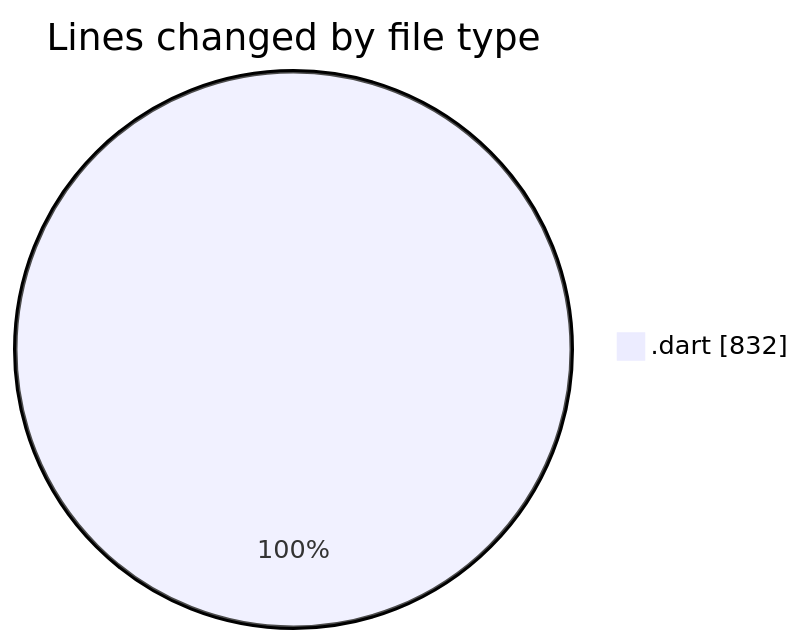
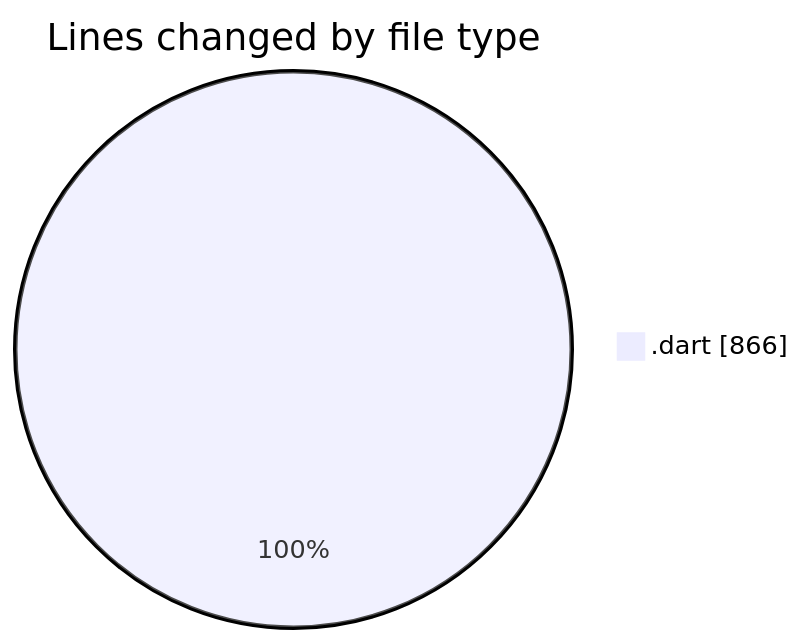
Before and after one commit to donsfak/code-tracking: the first of 2 diagrams in 2025-11-01/weather_insights_app/README.md, drawn with Mermaid. The commit also changed other lines of this file and 1 other file, not shown here.

````diff
--- a/2025-11-01/weather_insights_app/README.md
+++ b/2025-11-01/weather_insights_app/README.md
@@ -22,5 +22,5 @@
 ```mermaid
 pie showData
 title Lines changed by file type
-".dart" : 832
+".dart" : 866
 ```
````
